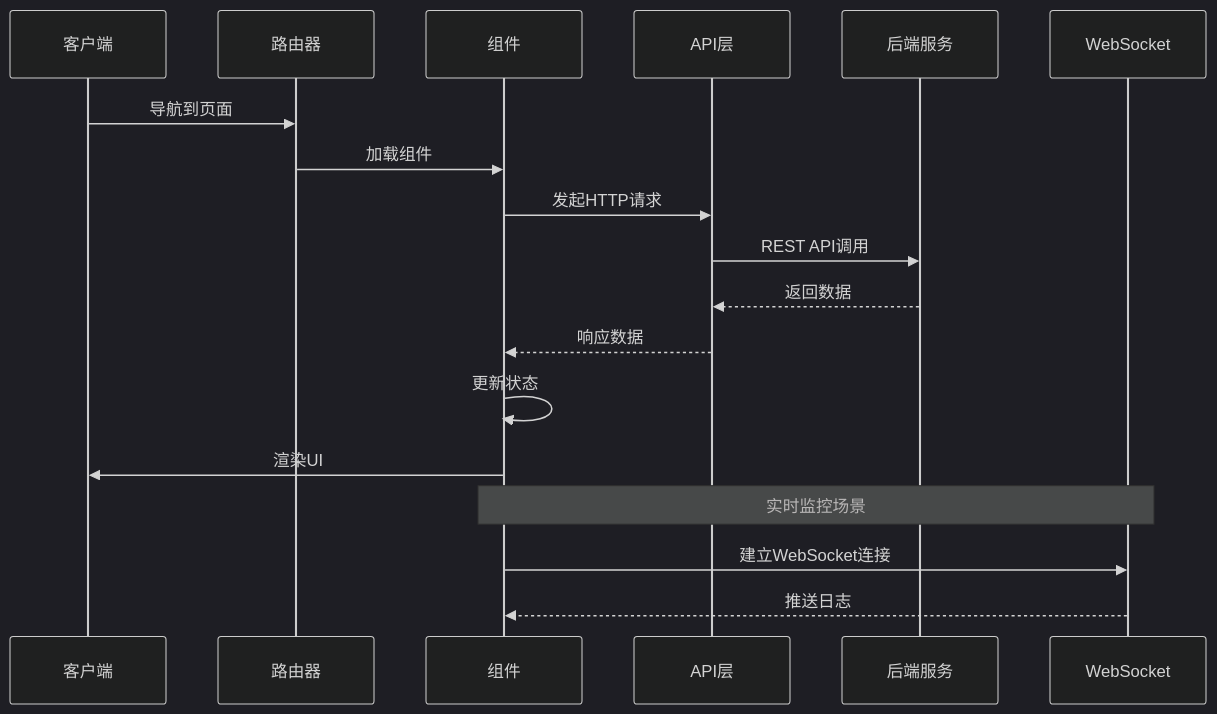
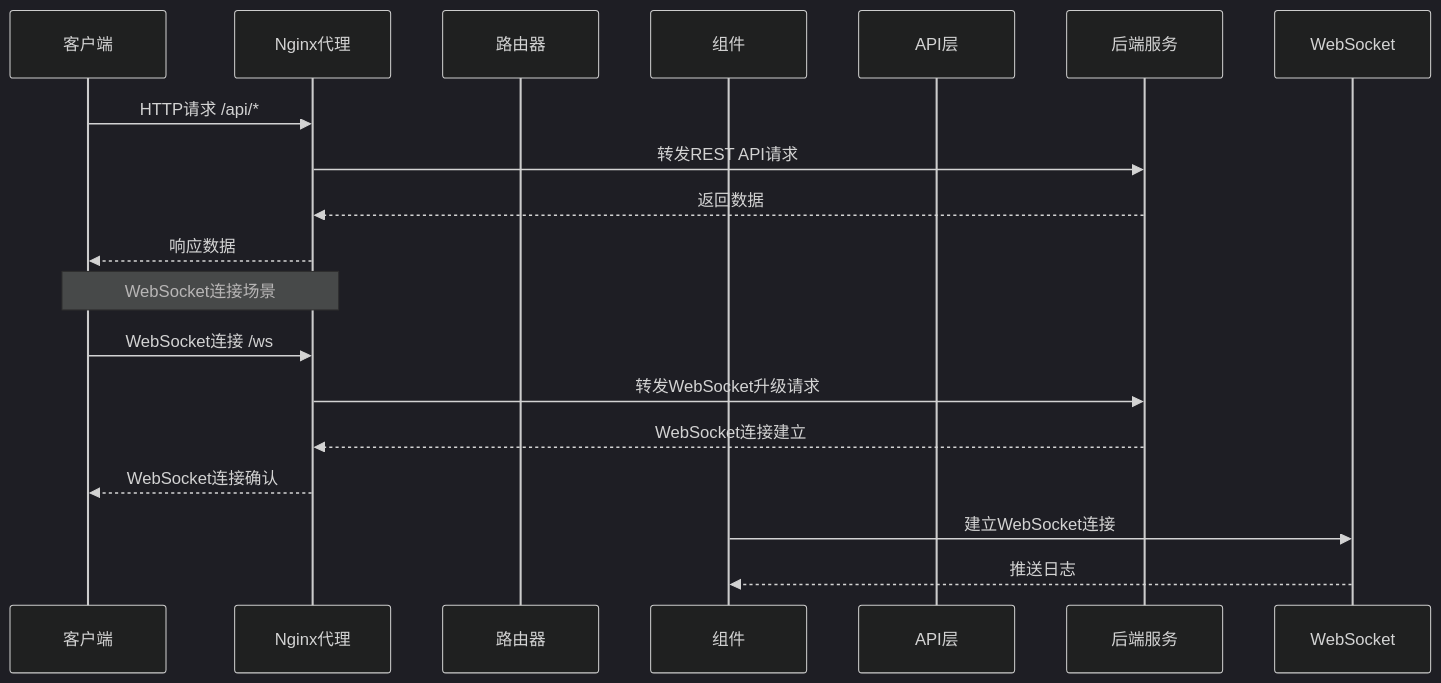
The second of 12 diagrams in .qoder/repowiki/zh/content/前端应用架构/页面组件设计.md (zzjxmy/mysql-risk-filed-check), drawn with Mermaid (dark theme) before and after one commit. The commit also changed other lines of this file and 4 other files, not shown here.

````diff
--- a/.qoder/repowiki/zh/content/前端应用架构/页面组件设计.md
+++ b/.qoder/repowiki/zh/content/前端应用架构/页面组件设计.md
@@ -125,20 +128,21 @@
 ```mermaid
 sequenceDiagram
 participant Client as 客户端
+participant Nginx as Nginx代理
 participant Router as 路由器
 participant Component as 组件
 participant API as API层
 participant Backend as 后端服务
 participant WebSocket as WebSocket
-Client->>Router : 导航到页面
-Router->>Component : 加载组件
-Component->>API : 发起HTTP请求
-API->>Backend : REST API调用
-Backend-->>API : 返回数据
-API-->>Component : 响应数据
-Component->>Component : 更新状态
-Component->>Client : 渲染UI
-Note over Component,WebSocket : 实时监控场景
+Client->>Nginx : HTTP请求 /api/*
+Nginx->>Backend : 转发REST API请求
+Backend-->>Nginx : 返回数据
+Nginx-->>Client : 响应数据
+Note over Client,Nginx : WebSocket连接场景
+Client->>Nginx : WebSocket连接 /ws
+Nginx->>Backend : 转发WebSocket升级请求
+Backend-->>Nginx : WebSocket连接建立
+Nginx-->>Client : WebSocket连接确认
 Component->>WebSocket : 建立WebSocket连接
 WebSocket-->>Component : 推送日志
 ```
````
